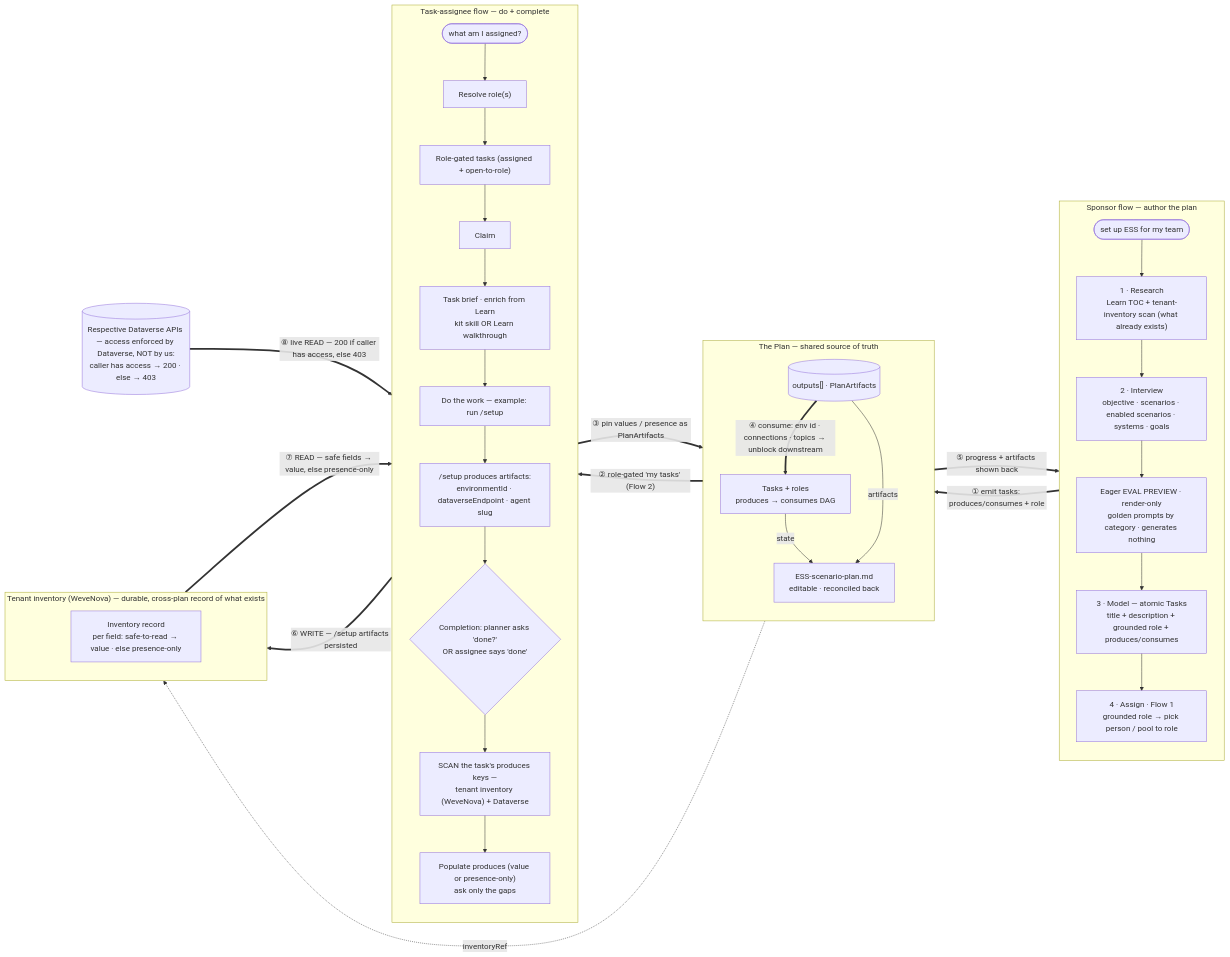
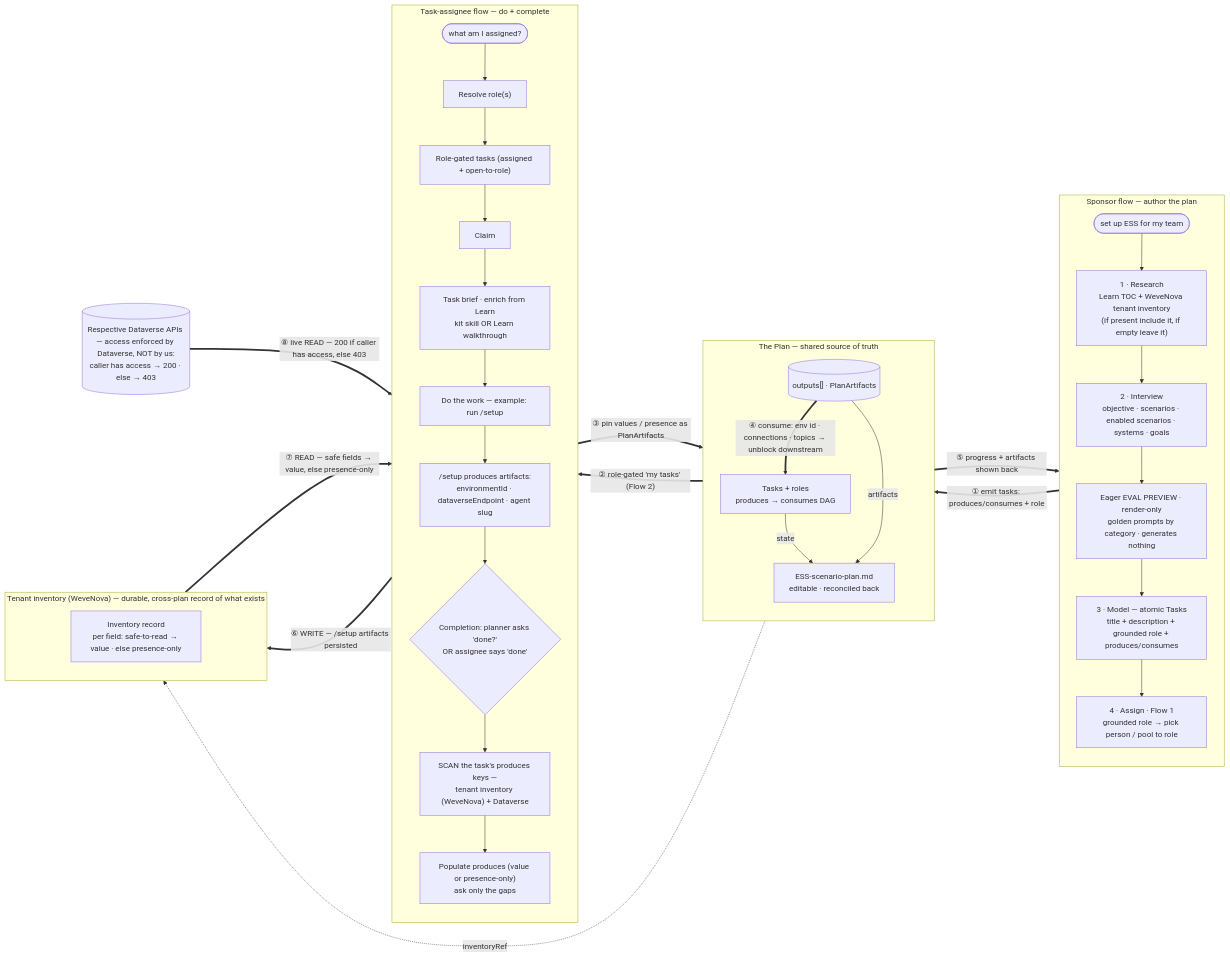
Before and after one commit to deepaksharmacse12/Employee-Self-Service-Agent-Developer-Kit: the diagram in dev-specs/adk-plan-generation/ADK-Plan-Generation-and-Task-Capture-DevDesign.md, drawn with Mermaid. The commit also changed other lines of this file, not shown here.

First line of the commit message:
docs(planner): research reads the tenant inventory in WeveNova (present->include, empty->leave)

````diff
--- a/dev-specs/adk-plan-generation/ADK-Plan-Generation-and-Task-Capture-DevDesign.md
+++ b/dev-specs/adk-plan-generation/ADK-Plan-Generation-and-Task-Capture-DevDesign.md
@@ -80,49 +80,49 @@
 ```mermaid
 flowchart LR
   subgraph SPONSOR["Sponsor flow — author the plan"]
     direction TB
-    A(["set up ESS for my team"]) --> R["1 · Research<br/>Learn TOC + tenant-inventory scan (what already exists)"]
+    A(["set up ESS for my team"]) --> R["1 · Research<br/>Learn TOC + WeveNova tenant inventory<br/>(if present include it, if empty leave it)"]
     R --> I["2 · Interview<br/>objective · scenarios · enabled scenarios · systems · goals"]
     I --> PV["Eager EVAL PREVIEW · render-only<br/>golden prompts by category · generates nothing"]
     PV --> M["3 · Model — atomic Tasks<br/>title + description + grounded role + produces/consumes"]
     M --> ASG["4 · Assign · Flow 1<br/>grounded role → pick person / pool to role"]
   end
 
   subgraph PLAN["The Plan — shared source of truth"]
     direction TB
     TASKS["Tasks + roles<br/>produces → consumes DAG"]
     OUT[("outputs[] · PlanArtifacts")]
     MD["ESS-scenario-plan.md<br/>editable · reconciled back"]
     TASKS -->|state| MD
     OUT -->|artifacts| MD
   end
 
   subgraph ASSIGNEE["Task-assignee flow — do + complete"]
     direction TB
     Q(["what am I assigned?"]) --> RO["Resolve role(s)"]
     RO --> LS["Role-gated tasks (assigned + open-to-role)"]
     LS --> CL["Claim"] --> BR["Task brief · enrich from Learn<br/>kit skill OR Learn walkthrough"]
     BR --> DO["Do the work — example: run /setup"]
     DO --> SU["/setup produces artifacts:<br/>environmentId · dataverseEndpoint · agent slug"]
     SU --> TG{"Completion: planner asks 'done?'<br/>OR assignee says 'done'"}
     TG --> SC["SCAN the task's produces keys —<br/>tenant inventory (WeveNova) + Dataverse"]
     SC --> POP["Populate produces (value or presence-only)<br/>ask only the gaps"]
   end
 
   subgraph TENINV["Tenant inventory (WeveNova) — durable, cross-plan record of what exists"]
     direction TB
     WN["Inventory record<br/>per field: safe-to-read → value · else presence-only"]
   end
 
   DV[("Respective Dataverse APIs — access enforced by Dataverse, NOT by us:<br/>caller has access → 200 · else → 403")]
 
   ASG ==>|"① emit tasks: produces/consumes + role"| TASKS
   TASKS ==>|"② role-gated 'my tasks' (Flow 2)"| Q
   SU ==>|"⑥ WRITE — /setup artifacts persisted"| WN
   WN ==>|"⑦ READ — safe fields → value, else presence-only"| SC
   DV ==>|"⑧ live READ — 200 if caller has access, else 403"| SC
   POP ==>|"③ pin values / presence as PlanArtifacts"| OUT
   OUT -.->|"inventoryRef"| WN
   OUT ==>|"④ consume: env id · connections · topics → unblock downstream"| TASKS
   MD ==>|"⑤ progress + artifacts shown back"| A
 ```
````
